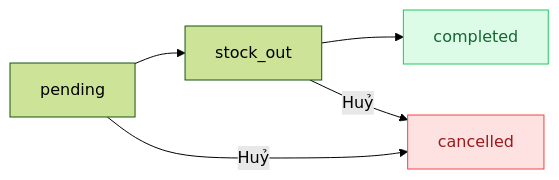
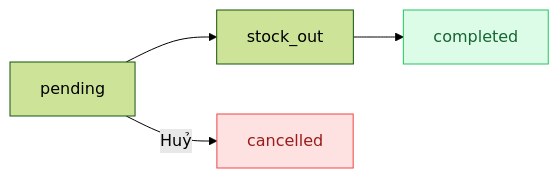
One commit to tiemtaphoakorea/tiemtaphoakorea changed the diagram in docs/guide/staff/orders.mdx. Above: the diagram before and after it, drawn with Mermaid (forest theme). The commit also changed other lines of this file and 350 other files, not shown here.

````diff
--- a/docs/guide/staff/orders.mdx
+++ b/docs/guide/staff/orders.mdx
@@ -38,8 +38,8 @@
 ```mermaid
 flowchart LR
     A["pending"] --> B["stock_out"] --> C["completed"]
-    A & B -->|Huỷ| D["cancelled"]
+    A -->|Huỷ| D["cancelled"]
 
     style D fill:#fee2e2,stroke:#ef4444,color:#991b1b
     style C fill:#dcfce7,stroke:#22c55e,color:#166534
 ```
````
